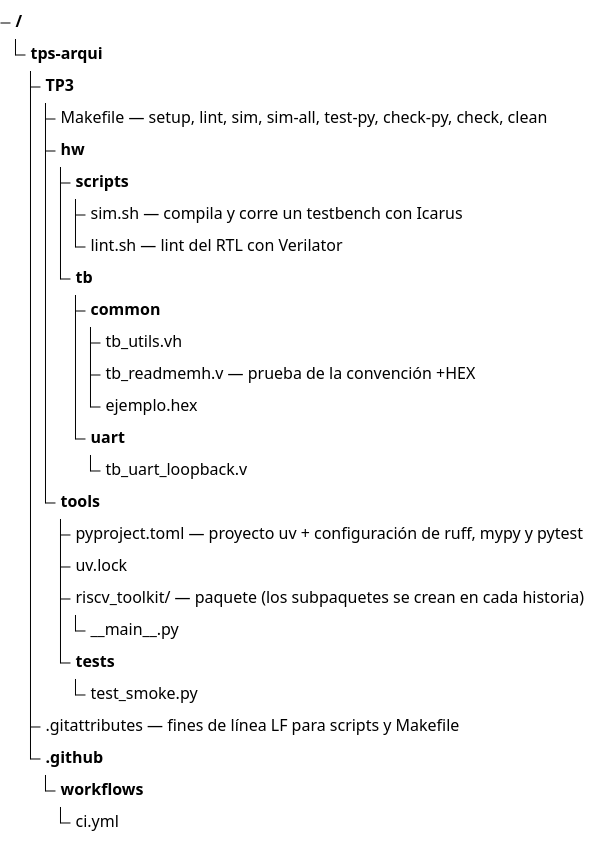
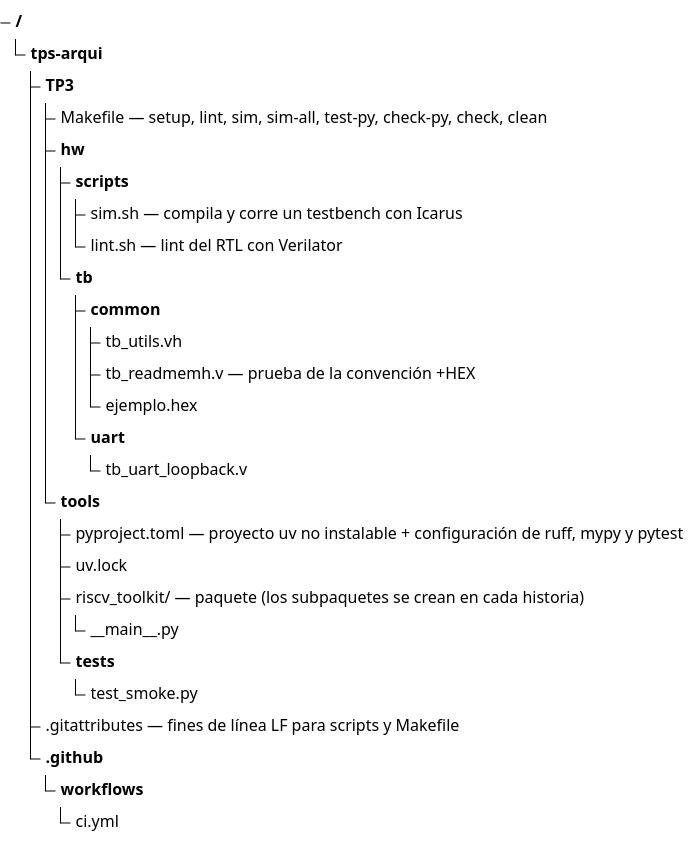
One commit to nicopinera/tps-arqui changed the fourth of 47 diagrams in docs/PRD-pipeline-riscv.md. Above: the diagram before and after it, drawn with Mermaid. The commit also changed other lines of this file and 8 other files, not shown here.

````diff
--- a/docs/PRD-pipeline-riscv.md
+++ b/docs/PRD-pipeline-riscv.md
@@ -567,28 +567,28 @@
 ```mermaid
 treeView-beta
     "tps-arqui/"
         "TP3/"
             "Makefile — setup, lint, sim, sim-all, test-py, check-py, check, clean"
             "hw/"
                 "scripts/"
                     "sim.sh — compila y corre un testbench con Icarus"
                     "lint.sh — lint del RTL con Verilator"
                 "tb/"
                     "common/"
                         "tb_utils.vh"
                         "tb_readmemh.v — prueba de la convención +HEX"
                         "ejemplo.hex"
                     "uart/"
                         "tb_uart_loopback.v"
             "tools/"
-                "pyproject.toml — proyecto uv + configuración de ruff, mypy y pytest"
+                "pyproject.toml — proyecto uv no instalable + configuración de ruff, mypy y pytest"
                 "uv.lock"
                 "riscv_toolkit/ — paquete (los subpaquetes se crean en cada historia)"
                     "__main__.py"
                 "tests/"
                     "test_smoke.py"
         ".gitattributes — fines de línea LF para scripts y Makefile"
         ".github/"
             "workflows/"
                 "ci.yml"
 ```
````
